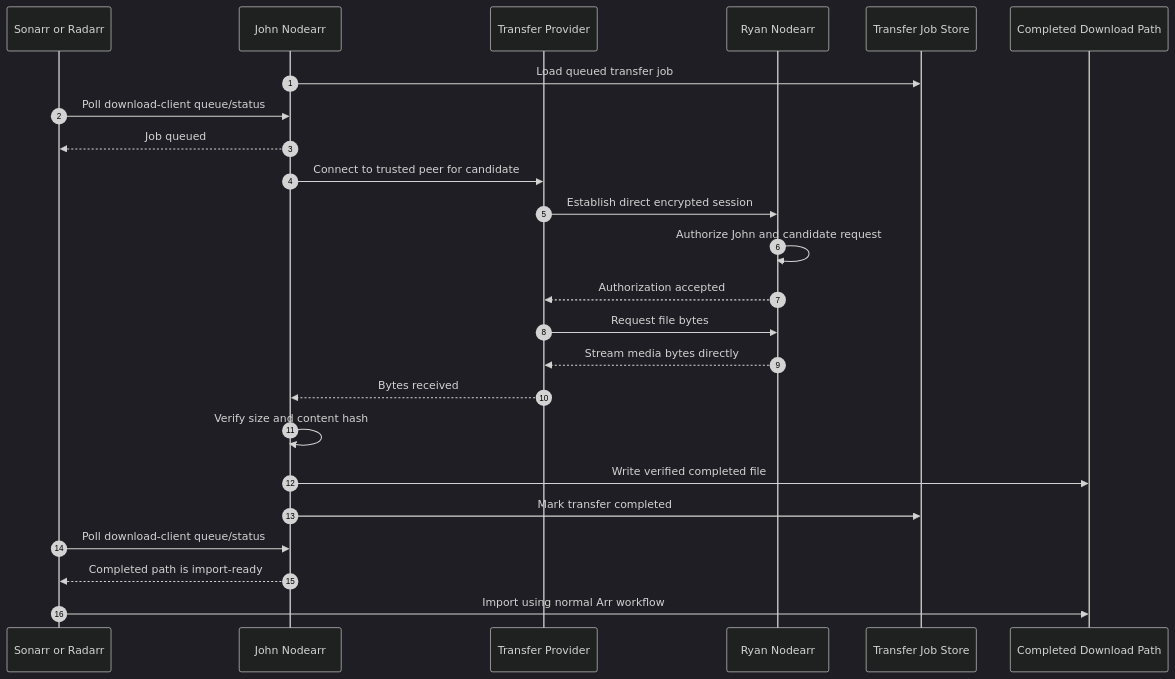
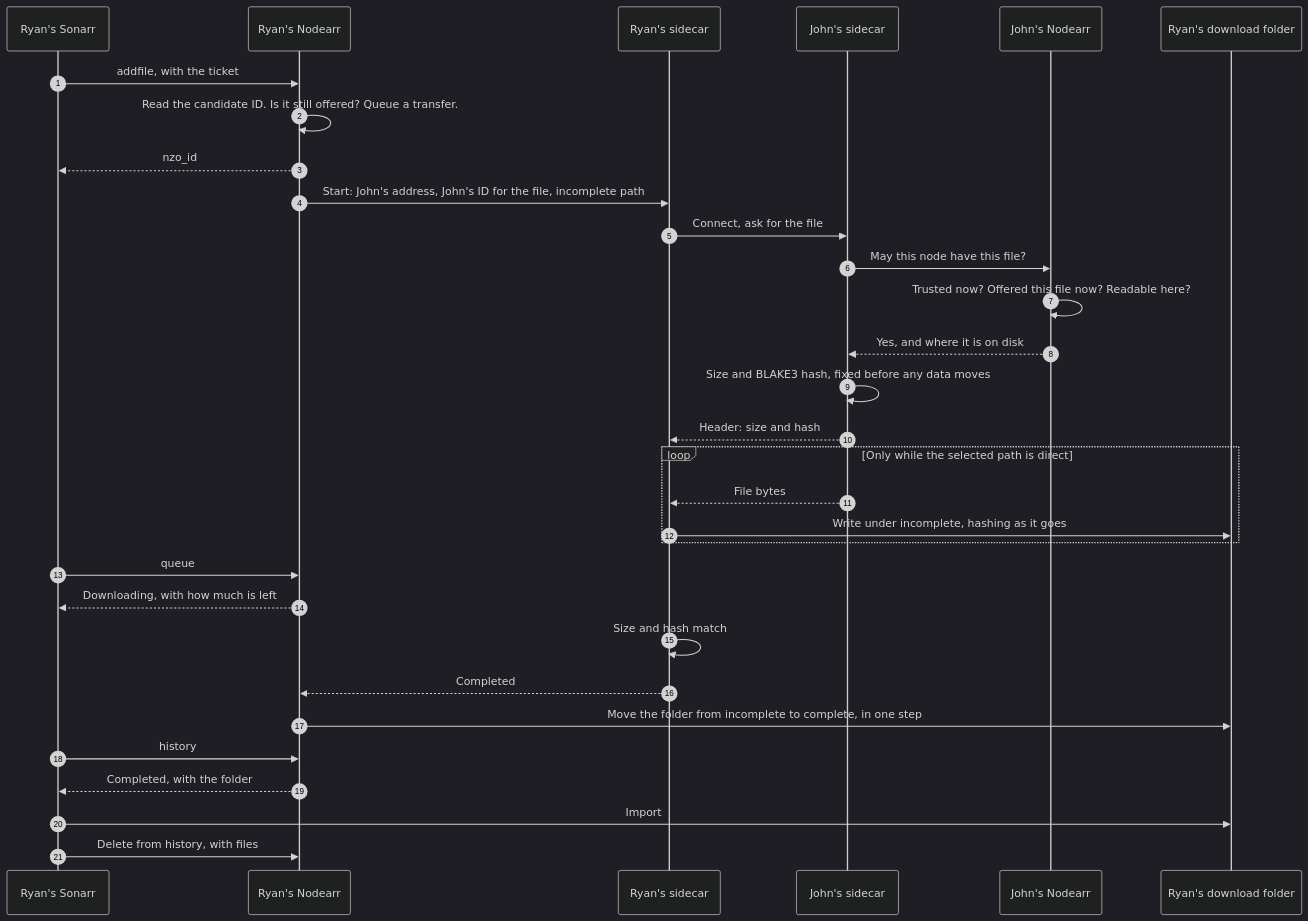
The first of 3 diagrams in docs/diagrams/direct-transfer-download-client-flow.md (Nodearr/Nodearr), drawn with Mermaid (dark theme) before and after one commit. The commit also changed other lines of this file and 7 other files, not shown here.

First line of the commit message:
docs: ADR 0016 for transfers and the download client, and S7 status

````diff
--- a/docs/diagrams/direct-transfer-download-client-flow.md
+++ b/docs/diagrams/direct-transfer-download-client-flow.md
@@ -5,27 +7,34 @@
 ```mermaid
 sequenceDiagram
     autonumber
-    participant Arr as Sonarr or Radarr
-    participant Local as John Nodearr
-    participant Provider as Transfer Provider
-    participant Peer as Ryan Nodearr
-    participant Store as Transfer Job Store
-    participant Files as Completed Download Path
+    participant Arr as Ryan's Sonarr
+    participant Local as Ryan's Nodearr
+    participant Side as Ryan's sidecar
+    participant PeerSide as John's sidecar
+    participant Peer as John's Nodearr
+    participant Disk as Ryan's download folder
 
-    Local->>Store: Load queued transfer job
-    Arr->>Local: Poll download-client queue/status
-    Local-->>Arr: Job queued
-    Local->>Provider: Connect to trusted peer for candidate
-    Provider->>Peer: Establish direct encrypted session
-    Peer->>Peer: Authorize John and candidate request
-    Peer-->>Provider: Authorization accepted
-    Provider->>Peer: Request file bytes
-    Peer-->>Provider: Stream media bytes directly
-    Provider-->>Local: Bytes received
-    Local->>Local: Verify size and content hash
-    Local->>Files: Write verified completed file
-    Local->>Store: Mark transfer completed
-    Arr->>Local: Poll download-client queue/status
-    Local-->>Arr: Completed path is import-ready
-    Arr->>Files: Import using normal Arr workflow
+    Arr->>Local: addfile, with the ticket
+    Local->>Local: Read the candidate ID. Is it still offered? Queue a transfer.
+    Local-->>Arr: nzo_id
+    Local->>Side: Start: John's address, John's ID for the file, incomplete path
+    Side->>PeerSide: Connect, ask for the file
+    PeerSide->>Peer: May this node have this file?
+    Peer->>Peer: Trusted now? Offered this file now? Readable here?
+    Peer-->>PeerSide: Yes, and where it is on disk
+    PeerSide->>PeerSide: Size and BLAKE3 hash, fixed before any data moves
+    PeerSide-->>Side: Header: size and hash
+    loop Only while the selected path is direct
+        PeerSide-->>Side: File bytes
+        Side->>Disk: Write under incomplete, hashing as it goes
+    end
+    Arr->>Local: queue
+    Local-->>Arr: Downloading, with how much is left
+    Side->>Side: Size and hash match
+    Side-->>Local: Completed
+    Local->>Disk: Move the folder from incomplete to complete, in one step
+    Arr->>Local: history
+    Local-->>Arr: Completed, with the folder
+    Arr->>Disk: Import
+    Arr->>Local: Delete from history, with files
 ```
````
